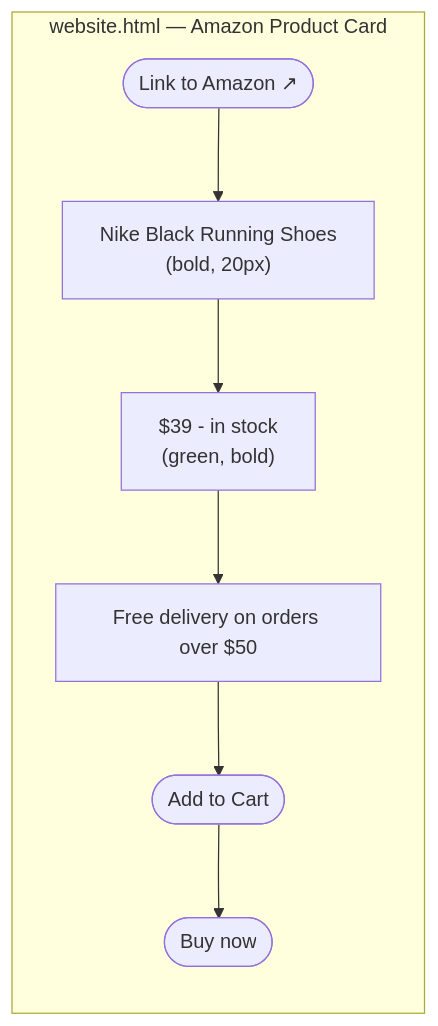
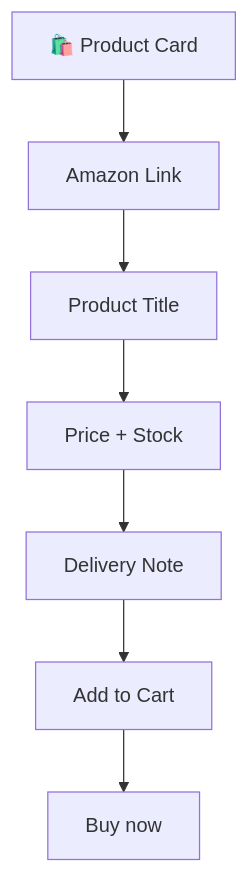
Before and after one commit to Betha-hemanth/HTML-and-CSS: the fourth of 11 diagrams in README.md, drawn with Mermaid. The commit also changed other lines of this file, not shown here.

````diff
--- a/README.md
+++ b/README.md
@@ -125,13 +76,9 @@
 ```mermaid
-flowchart TB
-    subgraph Card["website.html — Amazon Product Card"]
-        direction TB
-        Link(["Link to Amazon ↗"])
-        Title["Nike Black Running Shoes\n(bold, 20px)"]
-        Price["$39 - in stock\n(green, bold)"]
-        Ship["Free delivery on orders over $50"]
-        Cart(["Add to Cart"])
-        Buy(["Buy now"])
-        Link --> Title --> Price --> Ship --> Cart --> Buy
-    end
+flowchart TD
+    A["🛍️ Product Card"] --> B["Amazon Link"]
+    B --> C["Product Title"]
+    C --> D["Price + Stock"]
+    D --> E["Delivery Note"]
+    E --> F["Add to Cart"]
+    F --> G["Buy now"]
 ```
````
